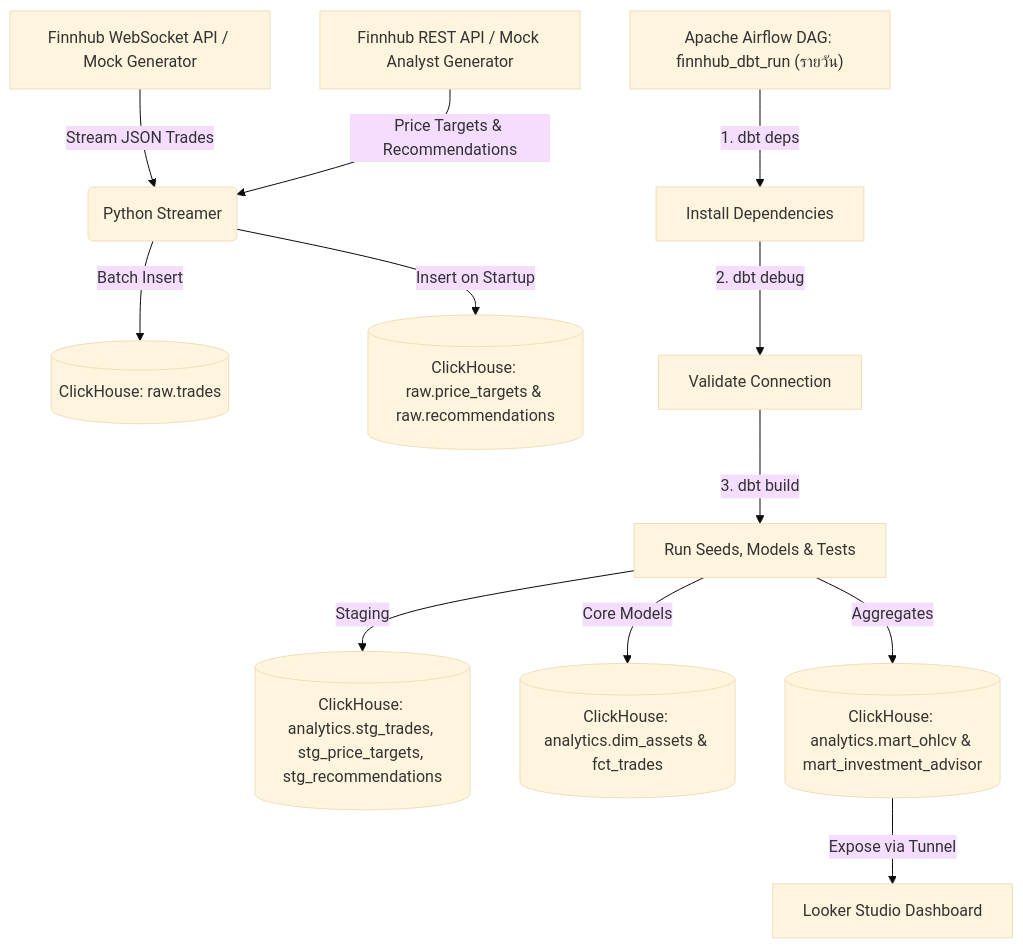
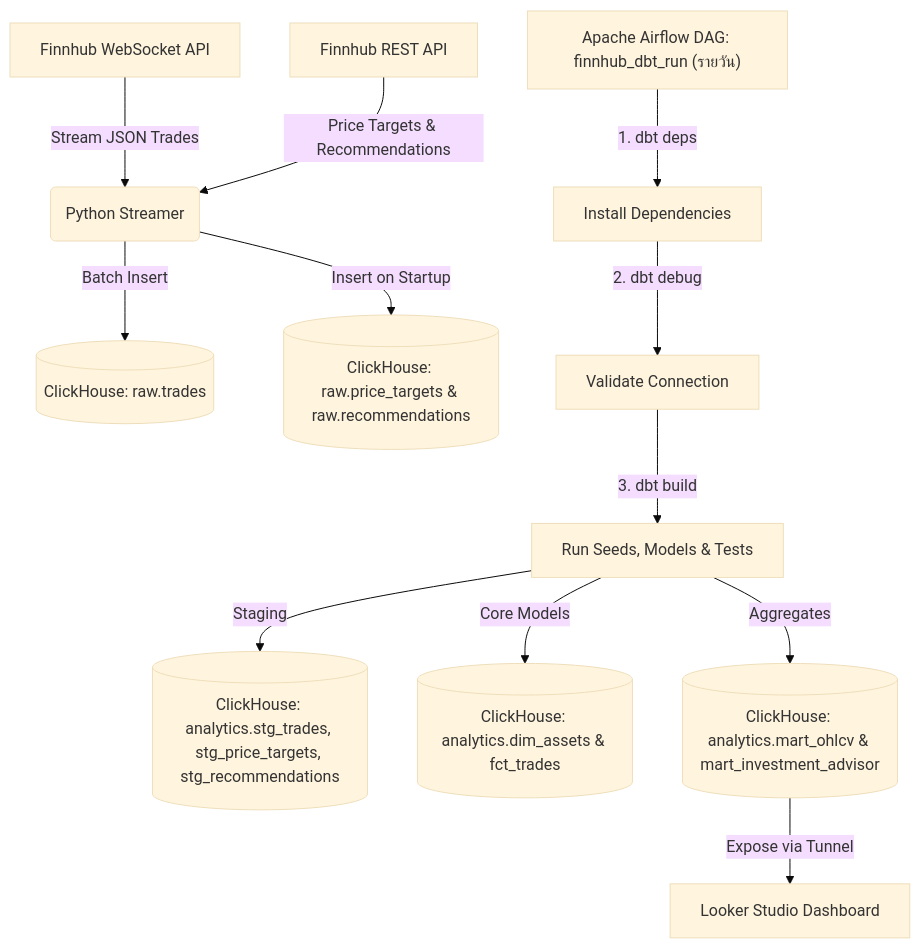
Before and after one commit to NPimtrll/finnhub-streaming-data-pipeline: the diagram in README_th.md, drawn with Mermaid (base theme). The commit also changed other lines of this file and 6 other files, not shown here.

Commit message:
refactor: remove mock streamer and update OHLCV aggregation to hourly windows

````diff
--- a/README_th.md
+++ b/README_th.md
@@ -9,14 +9,14 @@
 ```mermaid
 graph TD
-    A["Finnhub WebSocket API / Mock Generator"] -->|Stream JSON Trades| B(Python Streamer)
-    A2["Finnhub REST API / Mock Analyst Generator"] -->|"Price Targets & Recommendations"| B
+    A["Finnhub WebSocket API"] -->|Stream JSON Trades| B(Python Streamer)
+    A2["Finnhub REST API"] -->|"Price Targets & Recommendations"| B
     B -->|Batch Insert| C[("ClickHouse: raw.trades")]
     B -->|"Insert on Startup"| C2[("ClickHouse: raw.price_targets & raw.recommendations")]
     D["Apache Airflow DAG: finnhub_dbt_run (รายวัน)"] -->|"1. dbt deps"| E1[Install Dependencies]
     E1 -->|"2. dbt debug"| E2[Validate Connection]
     E2 -->|"3. dbt build"| E["Run Seeds, Models & Tests"]
     E -->|Staging| F[("ClickHouse: analytics.stg_trades, stg_price_targets, stg_recommendations")]
     E -->|Core Models| G[("ClickHouse: analytics.dim_assets & fct_trades")]
     E -->|Aggregates| H[("ClickHouse: analytics.mart_ohlcv & mart_investment_advisor")]
     H -->|Expose via Tunnel| I[Looker Studio Dashboard]
 ```
````
